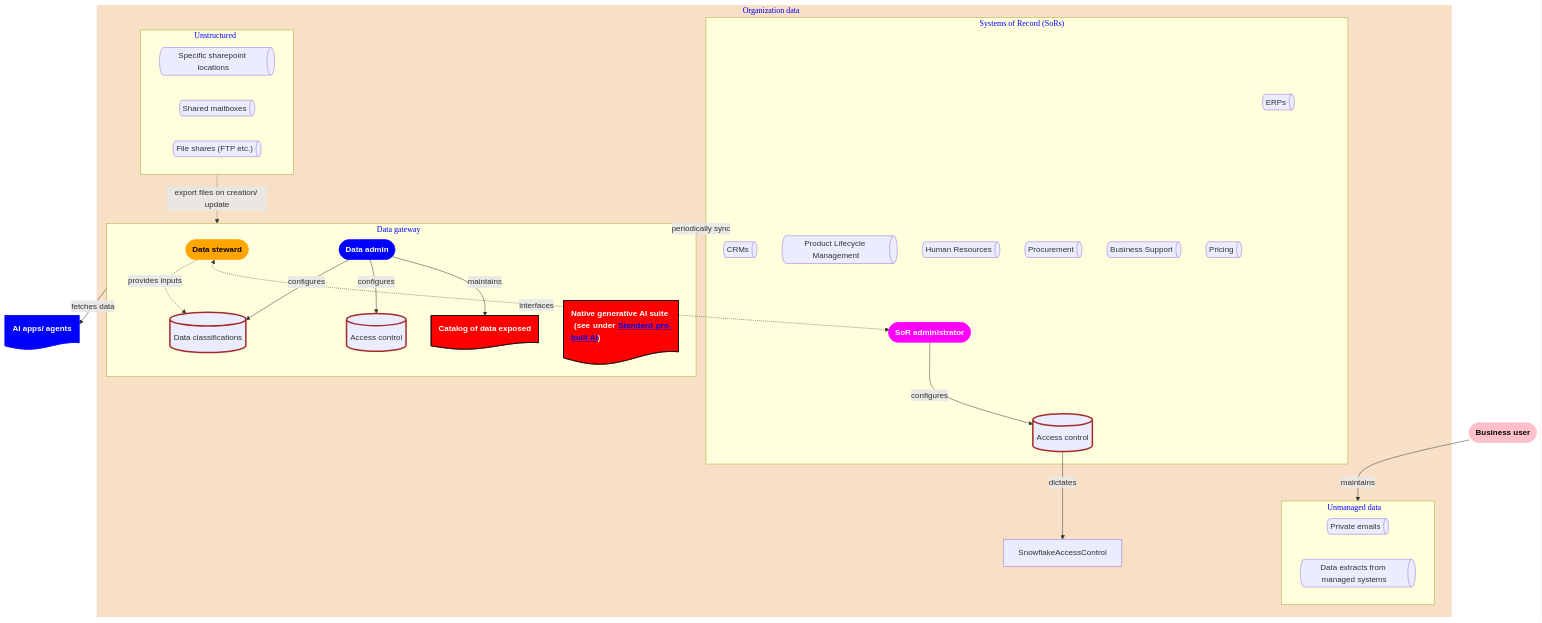
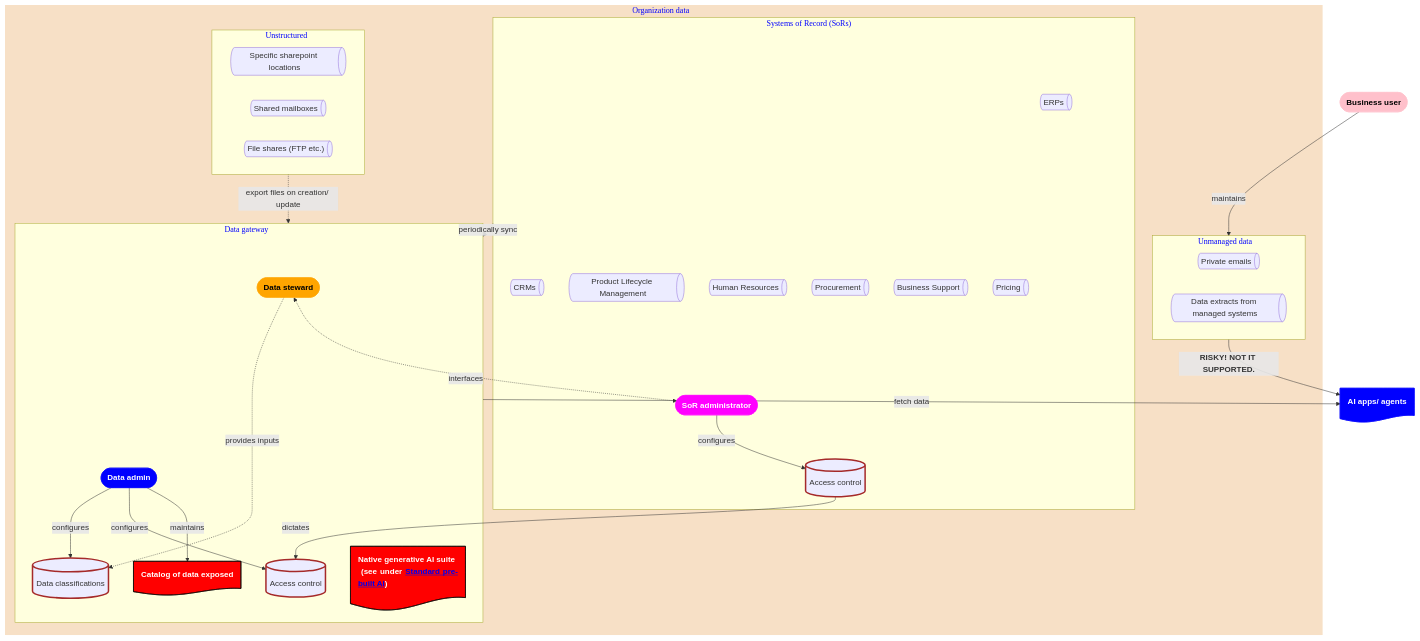
Before and after one commit to DuttaSoumya/AI-Architecture: the second of 5 diagrams in README.md, drawn with Mermaid. The commit also changed other lines of this file and 2 other files, not shown here.

Commit message:
revision of the text and one user diagram

````diff
--- a/README.md
+++ b/README.md
@@ -211,80 +201,81 @@
 ``` mermaid
 flowchart
     BizUser([Business user])
     class BizUser User_BIZ
 
     subgraph CompanyData[Organization data]
         subgraph GoldenSystemOfRecord[Data gateway]
             DataStewards(["Data steward"])
             class DataStewards User_DATA
             DataAdmin([Data admin])
             class DataAdmin User_DADM
 
             DataClassifications@{ shape: cyl, label: "Data classifications" }
             class DataClassifications Database
             DGAccessControl@{ shape: cyl, label: "Access control" }
             class DGAccessControl Database
 
             DataCatalog@{ shape: doc, label: "Catalog of data exposed" }
             class DataCatalog AiArtifacts
 
             DataLlmSuite@{ shape: doc, label: "Native generative AI suite<br/> (see under <a href="#data-governance">Standard pre-built AI</a>)" }
             class DataLlmSuite AiArtifacts
 
             DataAdmin -- configures --> DataClassifications
             DataAdmin -- configures --> DGAccessControl 
             DataStewards -. provides inputs .-> DataClassifications
         end
         style GoldenSystemOfRecord color:blue, font-family:Fantasy, Trebuchet MS
         subgraph Organized["Systems of Record (SoRs)"]
             ERPs@{ shape: h-cyl, label: "ERPs" }
             CRM@{ shape: h-cyl, label: "CRMs" }
             PLM@{ shape: h-cyl, label: "Product Lifecycle Management" }
             HR@{ shape: h-cyl, label: "Human Resources" }
             Procurement@{ shape: h-cyl, label: "Procurement" }
             SupportSystem@{ shape: h-cyl, label: "Business Support" }
             Pricing@{ shape: h-cyl, label: "Pricing" }
             SoRADMUser([SoR administrator])
             class SoRADMUser User_SoRADM
             SoRAccessControl@{ shape: cyl, label: "Access control" }
             class SoRAccessControl Database
 
             ERPs & CRM & PLM & HR & Procurement & SupportSystem & Pricing ~~~ SoRADMUser & SoRAccessControl
 
             SoRADMUser -- configures --> SoRAccessControl
         end
         style Organized color:blue, font-family:Fantasy, Trebuchet MS
         subgraph Unstructured[Unstructured]
             Sharepoint@{ shape: h-cyl, label: "Specific sharepoint locations" }
             SharedMailbox@{ shape: h-cyl, label: "Shared mailboxes" }
             FileShares@{ shape: h-cyl, label: "File shares (FTP etc.)" }
         end
         style Unstructured color:blue, font-family:Fantasy, Trebuchet M
         subgraph UnmanagedData[Unmanaged data]
             PrivateEmail@{ shape: h-cyl, label: "Private emails" }
             Extract@{ shape: h-cyl, label: "Data extracts from managed systems" }
         end
         style UnmanagedData color:blue, font-family:Fantasy, Trebuchet MS
 
         DataStewards <-. interfaces .-> SoRADMUser
         Organized -. periodically sync .-> GoldenSystemOfRecord
         Unstructured -. export files on creation/ update .-> GoldenSystemOfRecord
-        SoRAccessControl -- dictates --> SnowflakeAccessControl
+        SoRAccessControl -- dictates --> DGAccessControl
         DataAdmin -- maintains --> DataCatalog
     end
     style CompanyData stroke:None, fill:#f7e0c6, color:blue, font-family:Fantasy, Trebuchet MS
 
     AiApp@{ shape: doc, label: "**AI apps/ agents**" }
     class AiApp AiApps
 
     BizUser -- maintains --> UnmanagedData
-    GoldenSystemOfRecord -- fetches data --> AiApp
+    GoldenSystemOfRecord -- fetch data --> AiApp
+    UnmanagedData -- <b>RISKY! NOT IT SUPPORTED.</b> --> AiApp
 
     classDef User_DATA stroke:Orange, fill:Orange, font-family:Arial, color:Black, font-weight:Bold
     classDef User_DADM stroke:Blue, fill:Blue, color: White, font-family:Arial, font-weight:Bold
     classDef User_SoRADM stroke:Magenta, fill:Magenta, color: White, font-family:Arial, font-weight:Bold
     classDef User_BIZ stroke:Pink, fill:Pink, font-family:Arial, color:Black, font-weight:Bold
     classDef AiArtifacts stroke: Black, fill: Red, color: White, font-family: Arial, font-weight: bold, text-align:justify, text-justify:inter-word
     classDef AiApps stroke: Blue, fill: Blue, color: White, font-family: Arial, font-weight: bold, text-align:justify, text-justify:inter-word
     classDef Database stroke: Brown, stroke-width: 3px, text-align:justify, text-justify:inter-word
 ```
````
